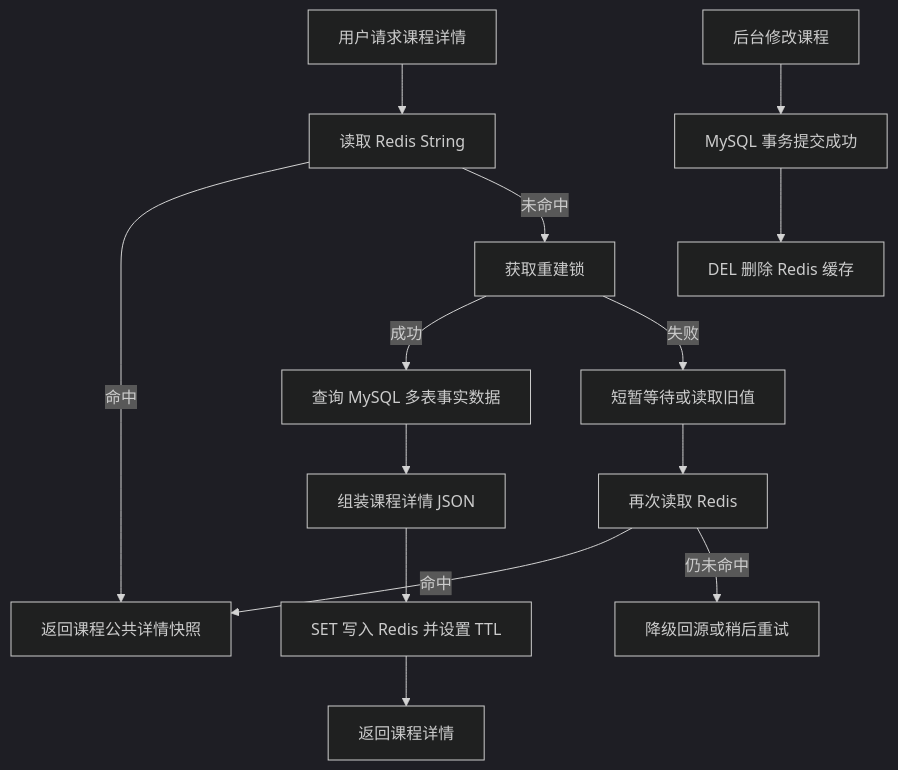
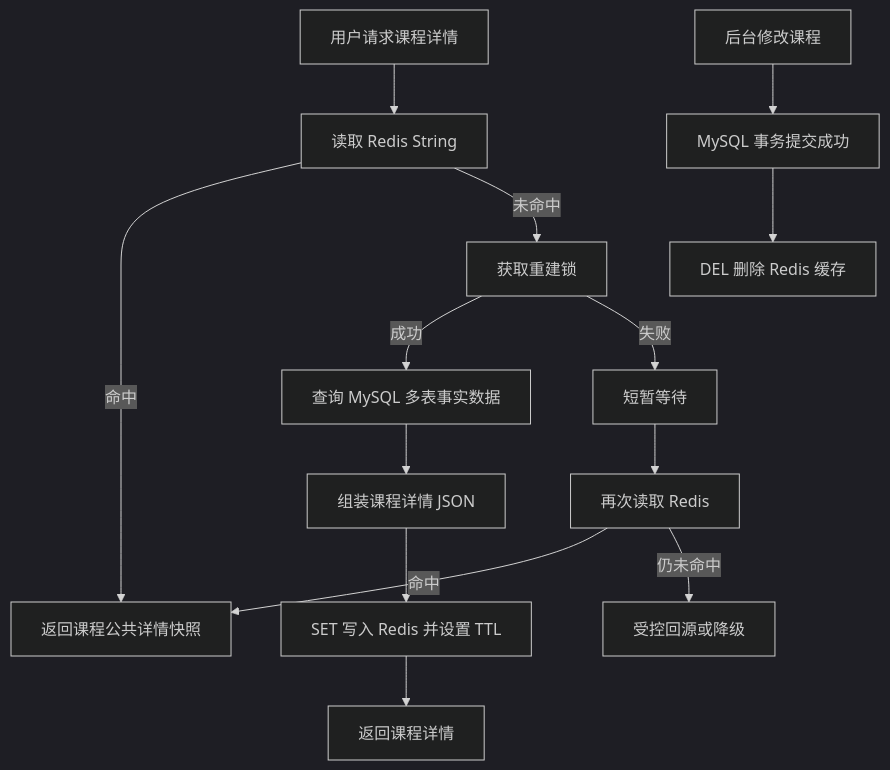
Before and after one commit to zdl20251023-pixel/agent-frame: the first of 7 diagrams in docs/redis/201-在线学习活动系统.md, drawn with Mermaid (dark theme). The commit also changed other lines of this file, not shown here.

````diff
--- a/docs/redis/201-在线学习活动系统.md
+++ b/docs/redis/201-在线学习活动系统.md
@@ -115,19 +115,19 @@
 ```mermaid
 flowchart TD
     A["用户请求课程详情"] --> B["读取 Redis String"]
     B -->|命中| C["返回课程公共详情快照"]
 
     B -->|未命中| D["获取重建锁"]
     D -->|成功| E["查询 MySQL 多表事实数据"]
     E --> F["组装课程详情 JSON"]
     F --> G["SET 写入 Redis 并设置 TTL"]
     G --> H["返回课程详情"]
 
-    D -->|失败| I["短暂等待或读取旧值"]
+    D -->|失败| I["短暂等待"]
     I --> J["再次读取 Redis"]
     J -->|命中| C
-    J -->|仍未命中| K["降级回源或稍后重试"]
+    J -->|仍未命中| K["受控回源或降级"]
 
     L["后台修改课程"] --> M["MySQL 事务提交成功"]
     M --> N["DEL 删除 Redis 缓存"]
 ```
````
